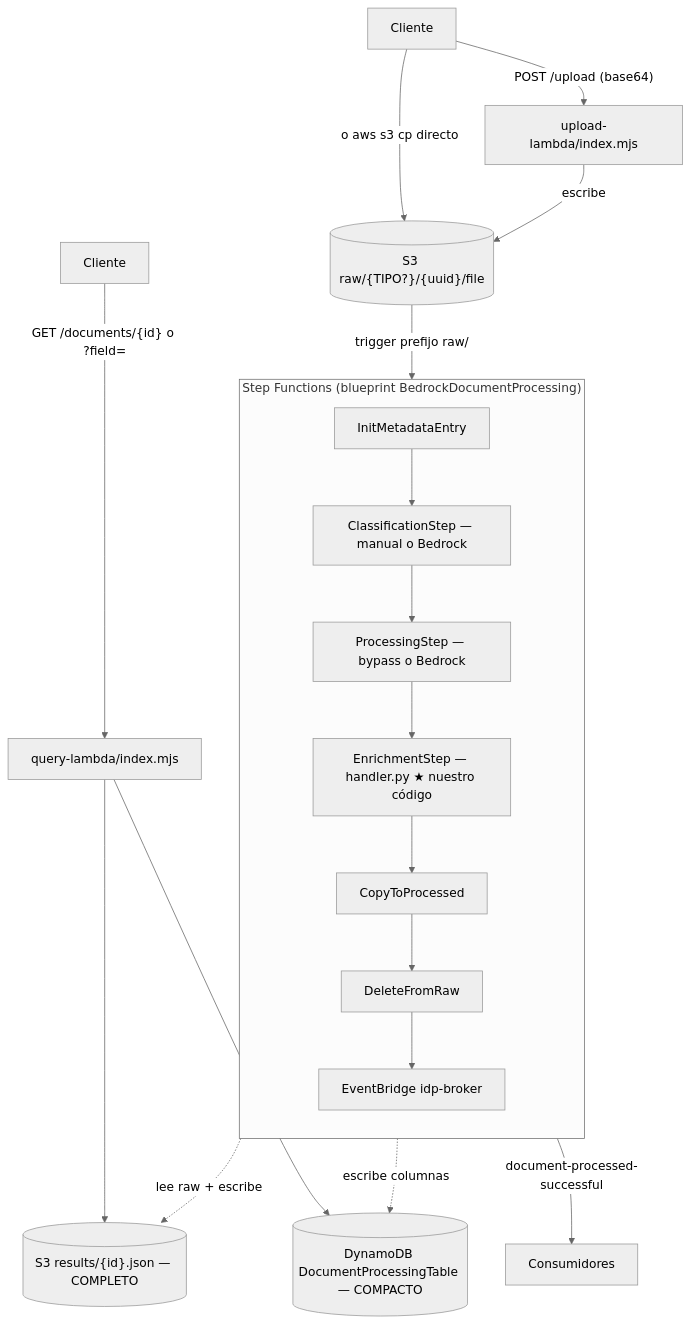
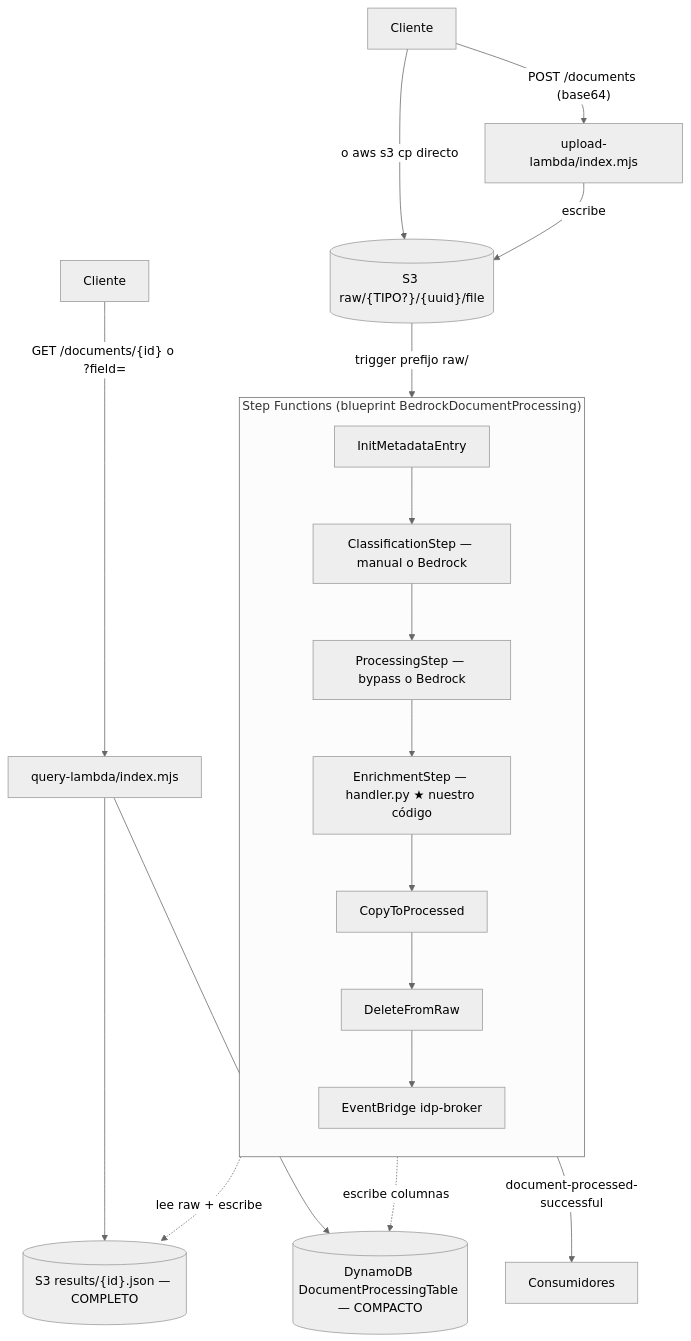
The diagram in documentacion/FLUJO_EJECUCION.md (LuisHM5/idp), drawn with Mermaid (neutral theme) before and after one commit. The commit also changed other lines of this file and 16 other files, not shown here.

First line of the commit message:
Refactor API endpoint from /upload to /documents

````diff
--- a/documentacion/FLUJO_EJECUCION.md
+++ b/documentacion/FLUJO_EJECUCION.md
@@ -12,23 +12,23 @@
 ```mermaid
 flowchart TD
-    U[Cliente] -->|"POST /upload (base64)"| UL[upload-lambda/index.mjs]
+    U[Cliente] -->|"POST /documents (base64)"| UL[upload-lambda/index.mjs]
     U -->|"o aws s3 cp directo"| S3RAW
     UL -->|"escribe"| S3RAW[("S3 raw/{TIPO?}/{uuid}/file")]
     S3RAW -->|"trigger prefijo raw/"| SFN
 
     subgraph SFN["Step Functions (blueprint BedrockDocumentProcessing)"]
       direction TB
       I[InitMetadataEntry] --> C["ClassificationStep — manual o Bedrock"]
       C --> P["ProcessingStep — bypass o Bedrock"]
       P --> E["EnrichmentStep — handler.py ★ nuestro código"]
       E --> CP[CopyToProcessed] --> DR[DeleteFromRaw] --> EB
     end
 
     E -.->|"lee raw + escribe"| S3RES[("S3 results/{id}.json — COMPLETO")]
     E -.->|"escribe columnas"| DDB[("DynamoDB DocumentProcessingTable — COMPACTO")]
     EB[EventBridge idp-broker] -->|"document-processed-successful"| CONS[Consumidores]
 
     Q[Cliente] -->|"GET /documents/{id} o ?field="| QL[query-lambda/index.mjs]
     QL --> DDB
     QL --> S3RES
 ```
````
